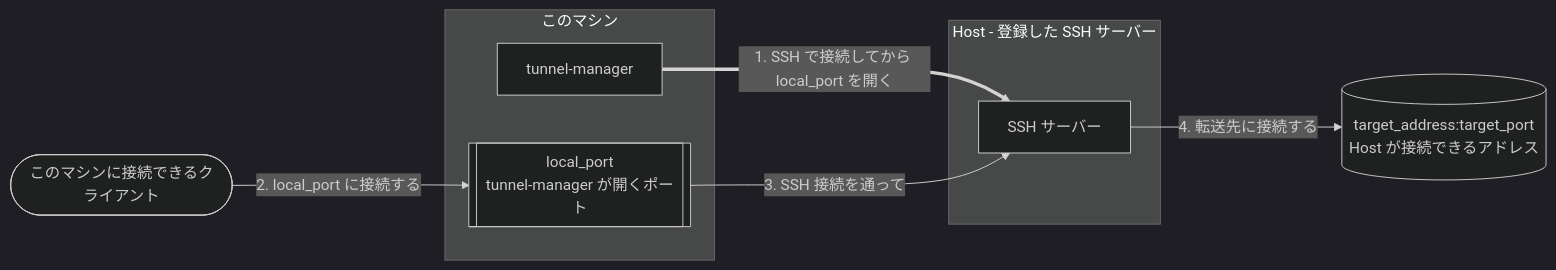
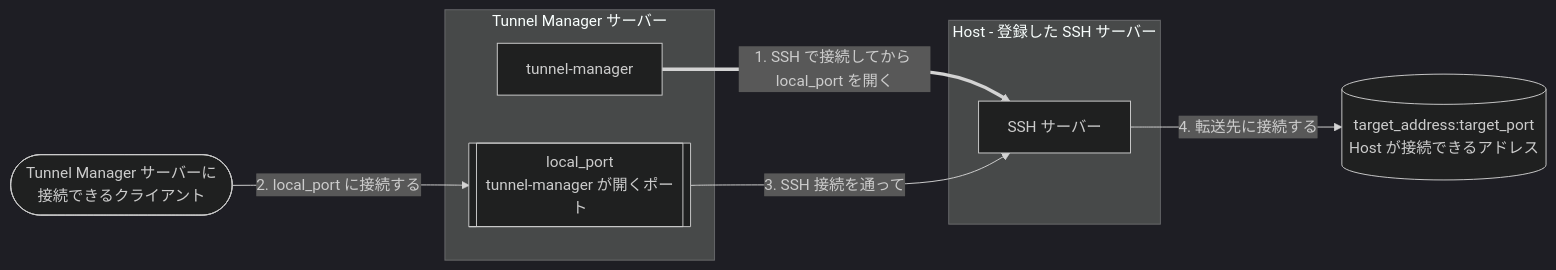
One commit to jollaman999/tunnel-manager changed the second of 2 diagrams in docs/README.ja.md. Above: the diagram before and after it, drawn with Mermaid (dark theme). The commit also changed other lines of this file and 7 other files, not shown here.

Commit message:
docs: Call it the Tunnel Manager server and a jump host

````diff
--- a/docs/README.ja.md
+++ b/docs/README.ja.md
@@ -42,17 +42,17 @@
 ```mermaid
 flowchart LR
-    client(["このマシンに接続できるクライアント"])
-    subgraph here ["このマシン"]
+    client(["Tunnel Manager サーバーに接続できるクライアント"])
+    subgraph here ["Tunnel Manager サーバー"]
         port[["local_port<br/>tunnel-manager が開くポート"]]
         tm["tunnel-manager"]
     end
     subgraph host ["Host - 登録した SSH サーバー"]
         sshd["SSH サーバー"]
     end
     target[("target_address:target_port<br/>Host が接続できるアドレス")]
 
     tm ==>|"1. SSH で接続してから local_port を開く"| sshd
     client -->|"2. local_port に接続する"| port
     port -->|"3. SSH 接続を通って"| sshd
     sshd -->|"4. 転送先に接続する"| target
 ```
````
